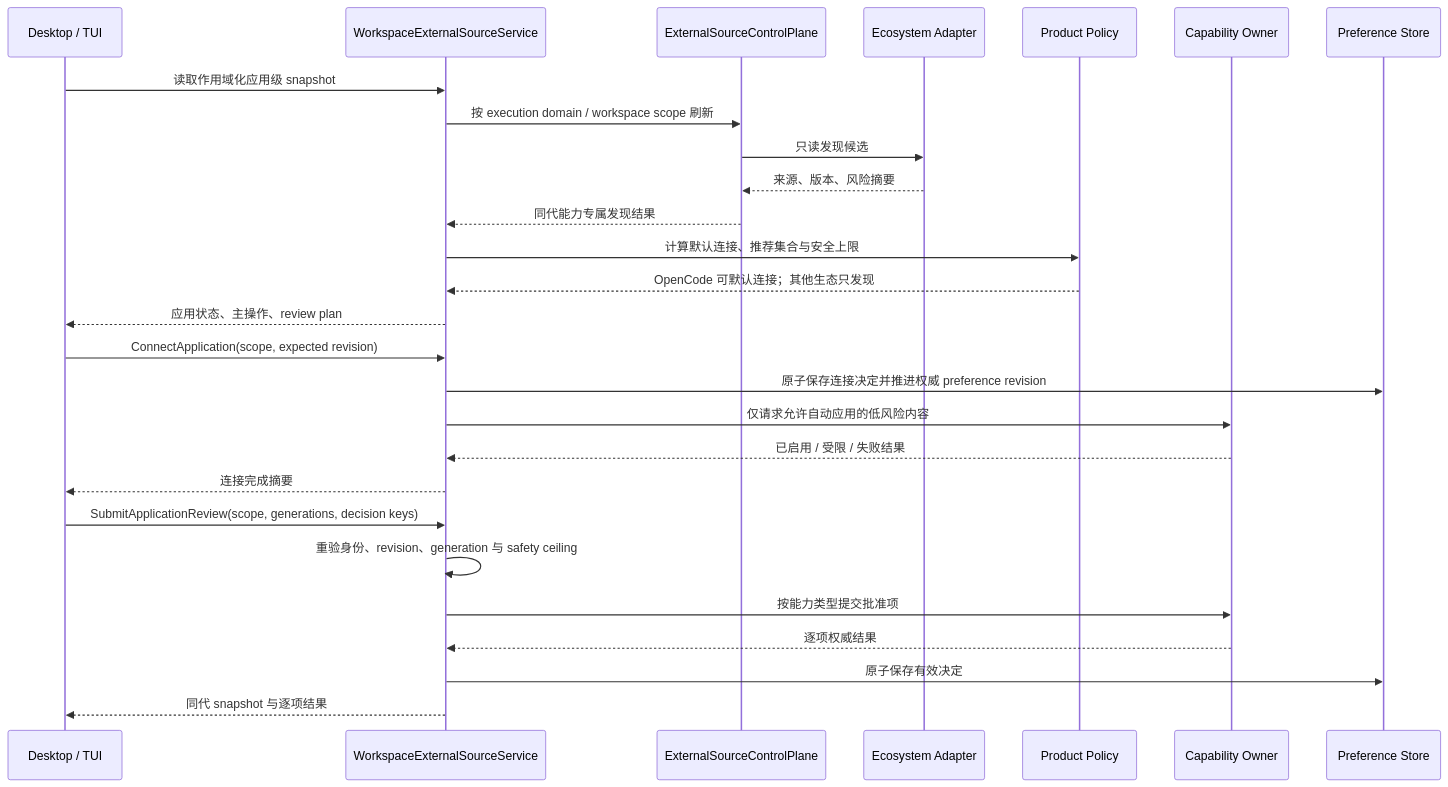
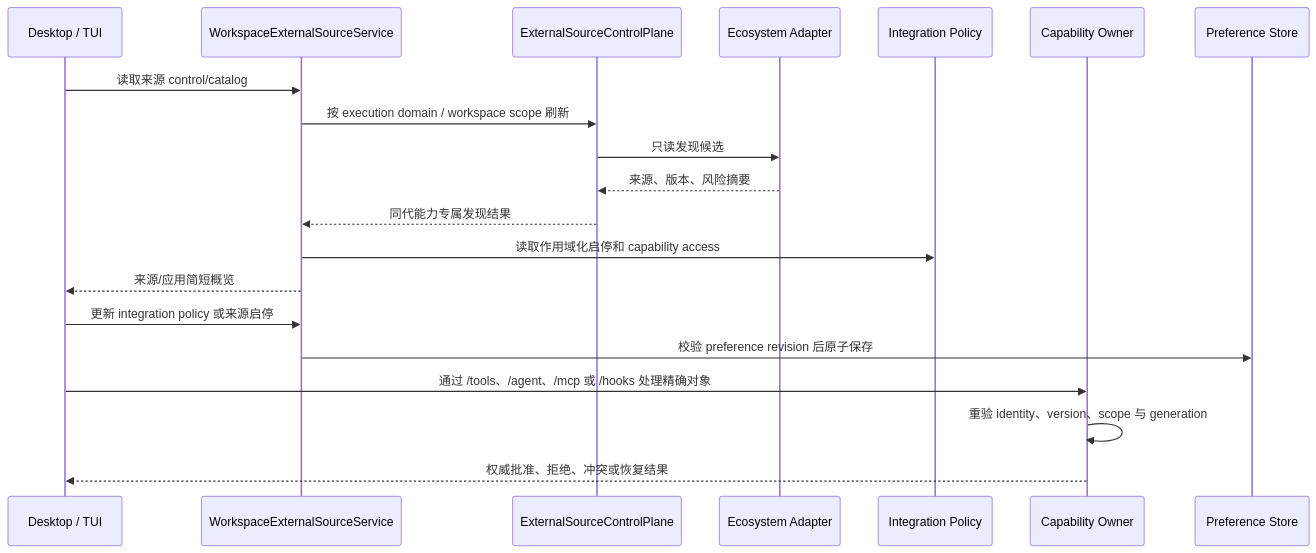
Before and after one commit to 1688mengdie/BitFun: the third of 3 diagrams in docs/architecture/extensions/external-ai-work-sources-design.md, drawn with Mermaid. The commit also changed other lines of this file and 47 other files, not shown here.

````diff
--- a/docs/architecture/extensions/external-ai-work-sources-design.md
+++ b/docs/architecture/extensions/external-ai-work-sources-design.md
@@ -522,30 +516,23 @@
 ```mermaid
 sequenceDiagram
   participant Surface as Desktop / TUI
   participant Product as WorkspaceExternalSourceService
   participant Discovery as ExternalSourceControlPlane
   participant Adapter as Ecosystem Adapter
-  participant Policy as Product Policy
+  participant Policy as Integration Policy
   participant Owner as Capability Owner
   participant Store as Preference Store
 
-  Surface->>Product: 读取作用域化应用级 snapshot
+  Surface->>Product: 读取来源 control/catalog
   Product->>Discovery: 按 execution domain / workspace scope 刷新
   Discovery->>Adapter: 只读发现候选
   Adapter-->>Discovery: 来源、版本、风险摘要
   Discovery-->>Product: 同代能力专属发现结果
-  Product->>Policy: 计算默认连接、推荐集合与安全上限
-  Policy-->>Product: OpenCode 可默认连接；其他生态只发现
-  Product-->>Surface: 应用状态、主操作、review plan
-  Surface->>Product: ConnectApplication(scope, expected revision)
-  Product->>Store: 原子保存连接决定并推进权威 preference revision
-  Product->>Owner: 仅请求允许自动应用的低风险内容
-  Owner-->>Product: 已启用 / 受限 / 失败结果
-  Product-->>Surface: 连接完成摘要
-  Surface->>Product: SubmitApplicationReview(scope, generations, decision keys)
-  Product->>Product: 重验身份、revision、generation 与 safety ceiling
-  Product->>Owner: 按能力类型提交批准项
-  Owner-->>Product: 逐项权威结果
-  Product->>Store: 原子保存有效决定
-  Product-->>Surface: 同代 snapshot 与逐项结果
+  Product->>Policy: 读取作用域化启停和 capability access
+  Product-->>Surface: 来源/应用简短概览
+  Surface->>Product: 更新 integration policy 或来源启停
+  Product->>Store: 校验 preference revision 后原子保存
+  Surface->>Owner: 通过 /tools、/agent、/mcp 或 /hooks 处理精确对象
+  Owner->>Owner: 重验 identity、version、scope 与 generation
+  Owner-->>Surface: 权威批准、拒绝、冲突或恢复结果
 ```
````
